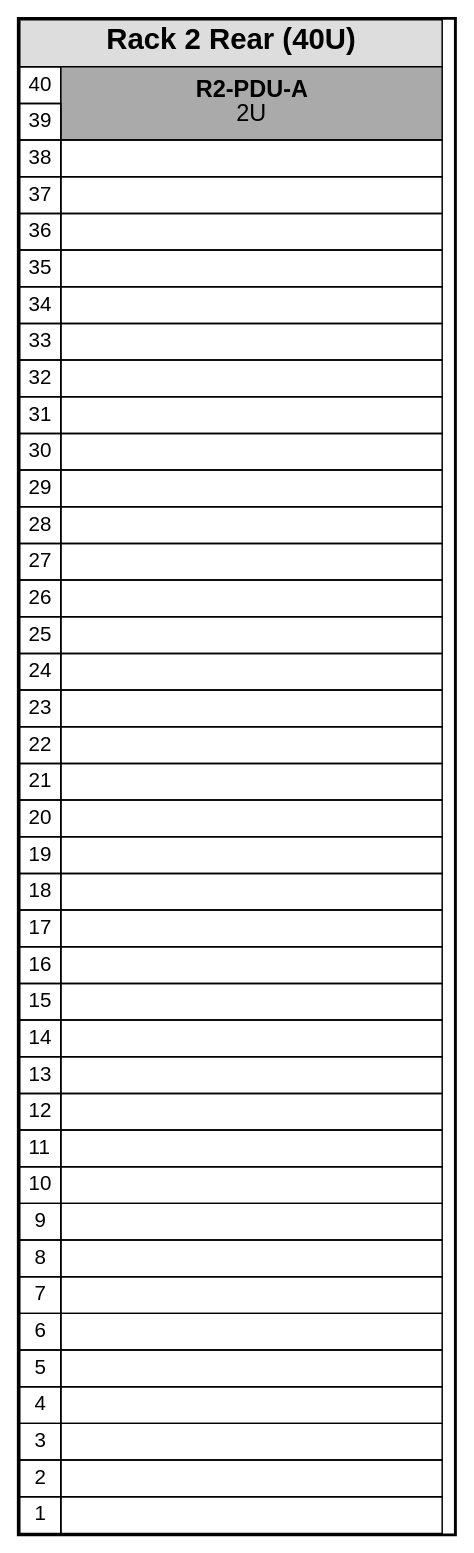
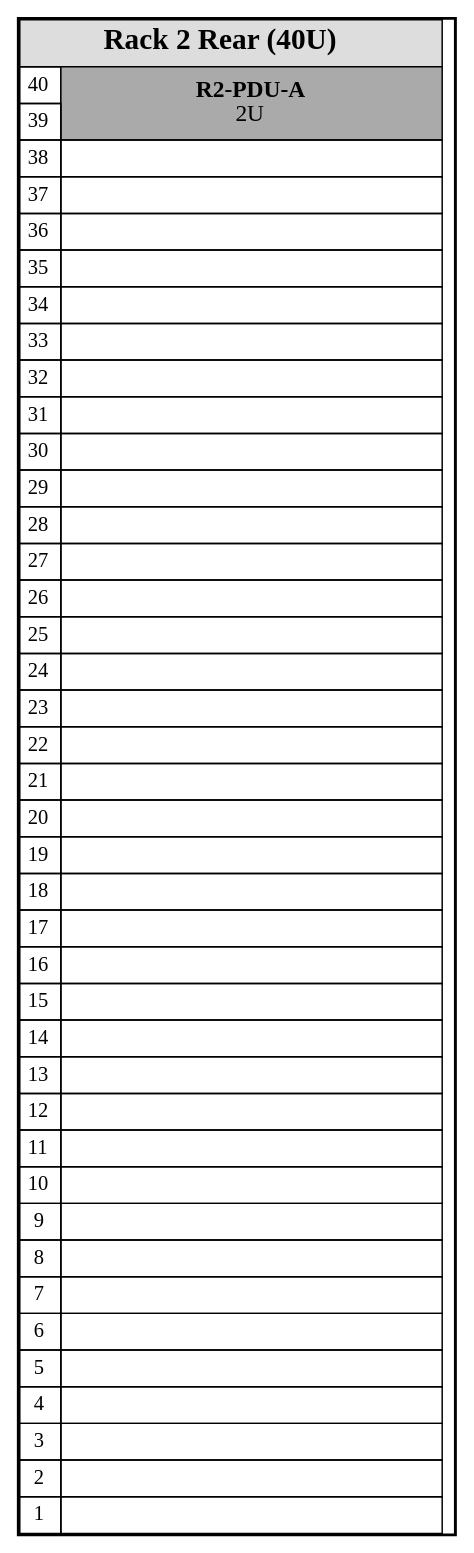
One commit to BenjiPestell/rack-diagram-demo changed the diagram in rack_rack2_rear.dot. Above: the diagram before and after it, drawn with Graphviz. The commit also changed 11 other files, not shown here.

```diff
--- a/rack_rack2_rear.dot
+++ b/rack_rack2_rear.dot
@@ -1,194 +1,194 @@
 digraph "rack2_rear" {
 
   graph [
     rankdir=TB,
     nodesep=0,
     ranksep=0,
     bgcolor="white"
   ];
 
   node [
     shape=plain,
-    fontname="Arial"
+    fontname="Sinkin Sans"
   ];
 
   rack2_rear [
     label=<
 
 <TABLE
   BORDER="2"
   CELLBORDER="1"
   CELLSPACING="0"
   CELLPADDING="4"
   WIDTH="300"
 >
 
 <TR>
-<TD COLSPAN="3" BGCOLOR="#DDDDDD"><FONT POINT-SIZE="20"><B>Rack 2 Rear (40U)</B></FONT></TD>
+<TD COLSPAN="3" BGCOLOR="#DDDDDD"><FONT POINT-SIZE="20" FACE="Sinkin Sans"><B>Rack 2 Rear (40U)</B></FONT></TD>
 </TR>
 <TR>
-<TD WIDTH="28">40</TD>
-<TD COLSPAN="2" ROWSPAN="2" BGCOLOR="#AAAAAA" WIDTH="260"><FONT POINT-SIZE="16"><B>R2-PDU-A</B></FONT><BR/><FONT POINT-SIZE="16">2U</FONT></TD>
+<TD WIDTH="28"><FONT FACE="Sinkin Sans">40</FONT></TD>
+<TD COLSPAN="2" ROWSPAN="2" BGCOLOR="#AAAAAA" WIDTH="260"><FONT POINT-SIZE="16" FACE="Sinkin Sans"><B>R2-PDU-A</B></FONT><BR/><FONT POINT-SIZE="16" FACE="Sinkin Sans">2U</FONT></TD>
 </TR>
 <TR>
-<TD WIDTH="28">39</TD>
+<TD WIDTH="28"><FONT FACE="Sinkin Sans">39</FONT></TD>
 </TR>
 <TR>
-<TD WIDTH="28">38</TD>
+<TD WIDTH="28"><FONT FACE="Sinkin Sans">38</FONT></TD>
 <TD COLSPAN="2"></TD>
 </TR>
 <TR>
-<TD WIDTH="28">37</TD>
+<TD WIDTH="28"><FONT FACE="Sinkin Sans">37</FONT></TD>
 <TD COLSPAN="2"></TD>
 </TR>
 <TR>
-<TD WIDTH="28">36</TD>
+<TD WIDTH="28"><FONT FACE="Sinkin Sans">36</FONT></TD>
 <TD COLSPAN="2"></TD>
 </TR>
 <TR>
-<TD WIDTH="28">35</TD>
+<TD WIDTH="28"><FONT FACE="Sinkin Sans">35</FONT></TD>
 <TD COLSPAN="2"></TD>
 </TR>
 <TR>
-<TD WIDTH="28">34</TD>
+<TD WIDTH="28"><FONT FACE="Sinkin Sans">34</FONT></TD>
 <TD COLSPAN="2"></TD>
 </TR>
 <TR>
-<TD WIDTH="28">33</TD>
+<TD WIDTH="28"><FONT FACE="Sinkin Sans">33</FONT></TD>
 <TD COLSPAN="2"></TD>
 </TR>
 <TR>
-<TD WIDTH="28">32</TD>
+<TD WIDTH="28"><FONT FACE="Sinkin Sans">32</FONT></TD>
 <TD COLSPAN="2"></TD>
 </TR>
 <TR>
-<TD WIDTH="28">31</TD>
+<TD WIDTH="28"><FONT FACE="Sinkin Sans">31</FONT></TD>
 <TD COLSPAN="2"></TD>
 </TR>
 <TR>
-<TD WIDTH="28">30</TD>
+<TD WIDTH="28"><FONT FACE="Sinkin Sans">30</FONT></TD>
 <TD COLSPAN="2"></TD>
 </TR>
 <TR>
-<TD WIDTH="28">29</TD>
+<TD WIDTH="28"><FONT FACE="Sinkin Sans">29</FONT></TD>
 <TD COLSPAN="2"></TD>
 </TR>
 <TR>
-<TD WIDTH="28">28</TD>
+<TD WIDTH="28"><FONT FACE="Sinkin Sans">28</FONT></TD>
 <TD COLSPAN="2"></TD>
 </TR>
 <TR>
-<TD WIDTH="28">27</TD>
+<TD WIDTH="28"><FONT FACE="Sinkin Sans">27</FONT></TD>
 <TD COLSPAN="2"></TD>
 </TR>
 <TR>
-<TD WIDTH="28">26</TD>
+<TD WIDTH="28"><FONT FACE="Sinkin Sans">26</FONT></TD>
 <TD COLSPAN="2"></TD>
 </TR>
 <TR>
-<TD WIDTH="28">25</TD>
+<TD WIDTH="28"><FONT FACE="Sinkin Sans">25</FONT></TD>
 <TD COLSPAN="2"></TD>
 </TR>
 <TR>
-<TD WIDTH="28">24</TD>
+<TD WIDTH="28"><FONT FACE="Sinkin Sans">24</FONT></TD>
 <TD COLSPAN="2"></TD>
 </TR>
 <TR>
-<TD WIDTH="28">23</TD>
+<TD WIDTH="28"><FONT FACE="Sinkin Sans">23</FONT></TD>
 <TD COLSPAN="2"></TD>
 </TR>
 <TR>
-<TD WIDTH="28">22</TD>
+<TD WIDTH="28"><FONT FACE="Sinkin Sans">22</FONT></TD>
 <TD COLSPAN="2"></TD>
 </TR>
 <TR>
-<TD WIDTH="28">21</TD>
+<TD WIDTH="28"><FONT FACE="Sinkin Sans">21</FONT></TD>
 <TD COLSPAN="2"></TD>
 </TR>
 <TR>
-<TD WIDTH="28">20</TD>
+<TD WIDTH="28"><FONT FACE="Sinkin Sans">20</FONT></TD>
 <TD COLSPAN="2"></TD>
 </TR>
 <TR>
-<TD WIDTH="28">19</TD>
+<TD WIDTH="28"><FONT FACE="Sinkin Sans">19</FONT></TD>
 <TD COLSPAN="2"></TD>
 </TR>
 <TR>
-<TD WIDTH="28">18</TD>
+<TD WIDTH="28"><FONT FACE="Sinkin Sans">18</FONT></TD>
 <TD COLSPAN="2"></TD>
 </TR>
 <TR>
-<TD WIDTH="28">17</TD>
+<TD WIDTH="28"><FONT FACE="Sinkin Sans">17</FONT></TD>
 <TD COLSPAN="2"></TD>
 </TR>
 <TR>
-<TD WIDTH="28">16</TD>
+<TD WIDTH="28"><FONT FACE="Sinkin Sans">16</FONT></TD>
 <TD COLSPAN="2"></TD>
 </TR>
 <TR>
-<TD WIDTH="28">15</TD>
+<TD WIDTH="28"><FONT FACE="Sinkin Sans">15</FONT></TD>
 <TD COLSPAN="2"></TD>
 </TR>
 <TR>
-<TD WIDTH="28">14</TD>
+<TD WIDTH="28"><FONT FACE="Sinkin Sans">14</FONT></TD>
 <TD COLSPAN="2"></TD>
 </TR>
 <TR>
-<TD WIDTH="28">13</TD>
+<TD WIDTH="28"><FONT FACE="Sinkin Sans">13</FONT></TD>
 <TD COLSPAN="2"></TD>
 </TR>
 <TR>
-<TD WIDTH="28">12</TD>
+<TD WIDTH="28"><FONT FACE="Sinkin Sans">12</FONT></TD>
 <TD COLSPAN="2"></TD>
 </TR>
 <TR>
-<TD WIDTH="28">11</TD>
+<TD WIDTH="28"><FONT FACE="Sinkin Sans">11</FONT></TD>
 <TD COLSPAN="2"></TD>
 </TR>
 <TR>
-<TD WIDTH="28">10</TD>
+<TD WIDTH="28"><FONT FACE="Sinkin Sans">10</FONT></TD>
 <TD COLSPAN="2"></TD>
 </TR>
 <TR>
-<TD WIDTH="28">9</TD>
+<TD WIDTH="28"><FONT FACE="Sinkin Sans">9</FONT></TD>
 <TD COLSPAN="2"></TD>
 </TR>
 <TR>
-<TD WIDTH="28">8</TD>
+<TD WIDTH="28"><FONT FACE="Sinkin Sans">8</FONT></TD>
 <TD COLSPAN="2"></TD>
 </TR>
 <TR>
-<TD WIDTH="28">7</TD>
+<TD WIDTH="28"><FONT FACE="Sinkin Sans">7</FONT></TD>
 <TD COLSPAN="2"></TD>
 </TR>
 <TR>
-<TD WIDTH="28">6</TD>
+<TD WIDTH="28"><FONT FACE="Sinkin Sans">6</FONT></TD>
 <TD COLSPAN="2"></TD>
 </TR>
 <TR>
-<TD WIDTH="28">5</TD>
+<TD WIDTH="28"><FONT FACE="Sinkin Sans">5</FONT></TD>
 <TD COLSPAN="2"></TD>
 </TR>
 <TR>
-<TD WIDTH="28">4</TD>
+<TD WIDTH="28"><FONT FACE="Sinkin Sans">4</FONT></TD>
 <TD COLSPAN="2"></TD>
 </TR>
 <TR>
-<TD WIDTH="28">3</TD>
+<TD WIDTH="28"><FONT FACE="Sinkin Sans">3</FONT></TD>
 <TD COLSPAN="2"></TD>
 </TR>
 <TR>
-<TD WIDTH="28">2</TD>
+<TD WIDTH="28"><FONT FACE="Sinkin Sans">2</FONT></TD>
 <TD COLSPAN="2"></TD>
 </TR>
 <TR>
-<TD WIDTH="28">1</TD>
+<TD WIDTH="28"><FONT FACE="Sinkin Sans">1</FONT></TD>
 <TD COLSPAN="2"></TD>
 </TR>
 
 </TABLE>
 
 >
   ];
 
 }
```
